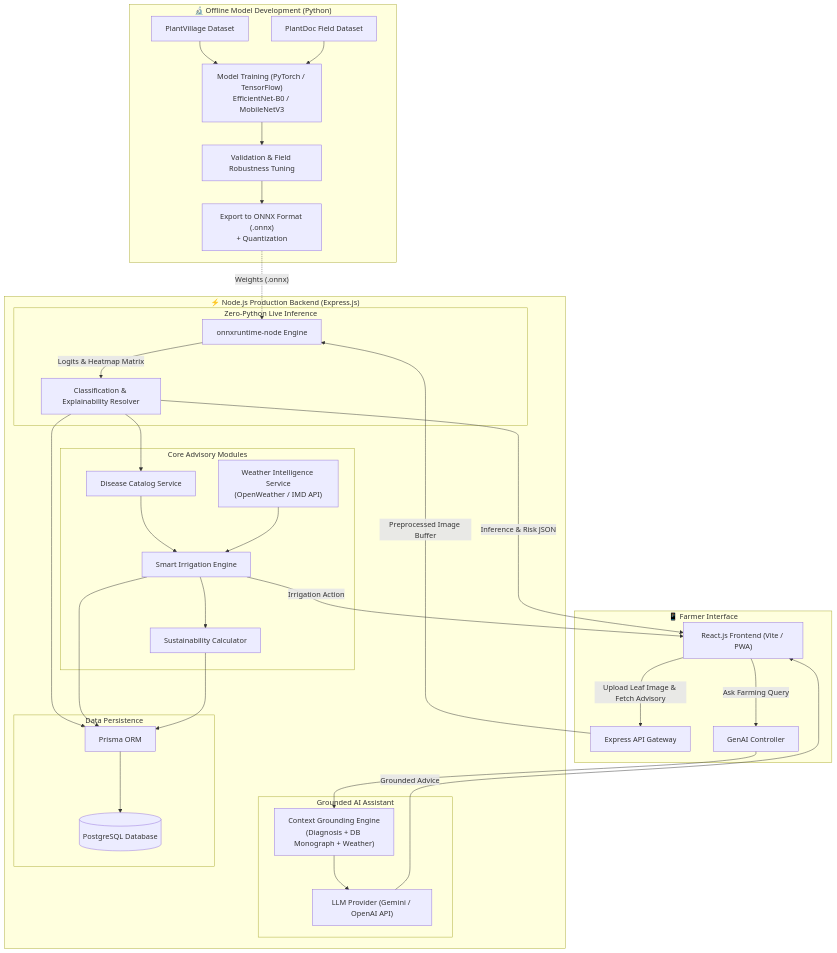
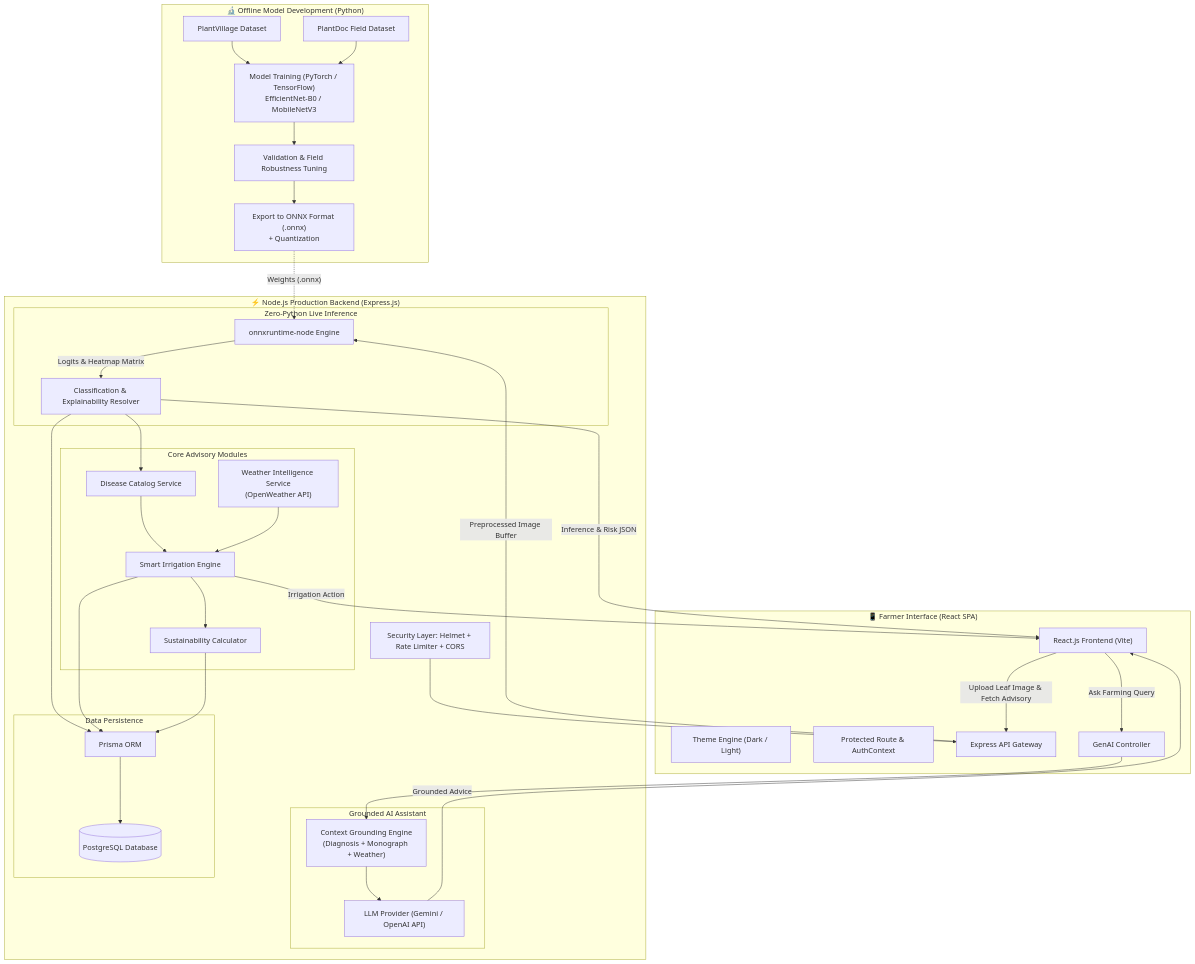
Before and after one commit to ShaikhMehrin786/AgriSmart-AI: the diagram in README.md, drawn with Mermaid. The commit also changed other lines of this file, not shown here.

Commit message:
docs: synchronize README.md with actual schema, architecture, security, and frontend features

````diff
--- a/README.md
+++ b/README.md
@@ -65,54 +69,58 @@
 ```mermaid
 flowchart TD
     subgraph Offline_Training ["🔬 Offline Model Development (Python)"]
         PV["PlantVillage Dataset"] --> Train["Model Training (PyTorch / TensorFlow)<br/>EfficientNet-B0 / MobileNetV3"]
         PD["PlantDoc Field Dataset"] --> Train
         Train --> Val["Validation & Field Robustness Tuning"]
         Val --> ONNX_Exp["Export to ONNX Format (.onnx)<br/>+ Quantization"]
     end
 
-    subgraph Farmer_Client ["📱 Farmer Interface"]
-        UI["React.js Frontend (Vite / PWA)"]
+    subgraph Farmer_Client ["📱 Farmer Interface (React SPA)"]
+        UI["React.js Frontend (Vite)"]
+        Theme["Theme Engine (Dark / Light)"]
+        Guard["Protected Route & AuthContext"]
         UI -->|"Upload Leaf Image & Fetch Advisory"| API_Gateway
         UI -->|"Ask Farming Query"| GenAI_Endpoint
     end
 
     subgraph Production_Server ["⚡ Node.js Production Backend (Express.js)"]
+        Security["Security Layer: Helmet + Rate Limiter + CORS"]
         API_Gateway["Express API Gateway"]
+        Security --> API_Gateway
         
         subgraph Inference_Engine ["Zero-Python Live Inference"]
             ONNX_Exp -.->|"Weights (.onnx)"| Node_ONNX["onnxruntime-node Engine"]
             API_Gateway -->|"Preprocessed Image Buffer"| Node_ONNX
             Node_ONNX -->|"Logits & Heatmap Matrix"| PostProcess["Classification & Explainability Resolver"]
         end
 
         subgraph Advisory_Services ["Core Advisory Modules"]
             PostProcess --> DisService["Disease Catalog Service"]
-            WeatherSvc["Weather Intelligence Service<br/>(OpenWeather / IMD API)"]
+            WeatherSvc["Weather Intelligence Service<br/>(OpenWeather API)"]
             IrrigEngine["Smart Irrigation Engine"]
             SustEngine["Sustainability Calculator"]
             
             DisService & WeatherSvc --> IrrigEngine
             IrrigEngine --> SustEngine
         end
 
         subgraph GenAI_Module ["Grounded AI Assistant"]
             GenAI_Endpoint["GenAI Controller"]
-            RAG_Grounding["Context Grounding Engine<br/>(Diagnosis + DB Monograph + Weather)"]
+            RAG_Grounding["Context Grounding Engine<br/>(Diagnosis + Monograph + Weather)"]
             LLM_API["LLM Provider (Gemini / OpenAI API)"]
             
             GenAI_Endpoint --> RAG_Grounding
             RAG_Grounding --> LLM_API
         end
 
         subgraph Persistence_Layer ["Data Persistence"]
             ORM["Prisma ORM"]
             DB[(PostgreSQL Database)]
             PostProcess & IrrigEngine & SustEngine --> ORM --> DB
         end
     end
 
     PostProcess -->|"Inference & Risk JSON"| UI
     IrrigEngine -->|"Irrigation Action"| UI
     LLM_API -->|"Grounded Advice"| UI
 ```
````
